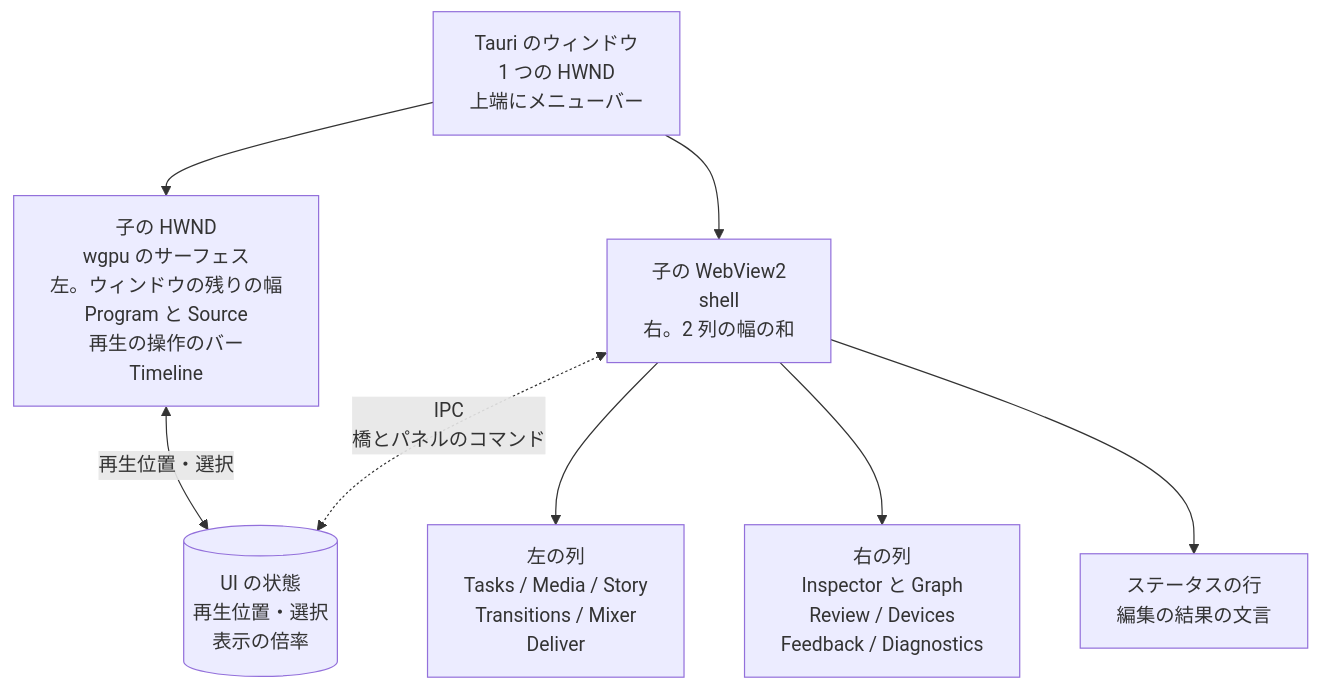
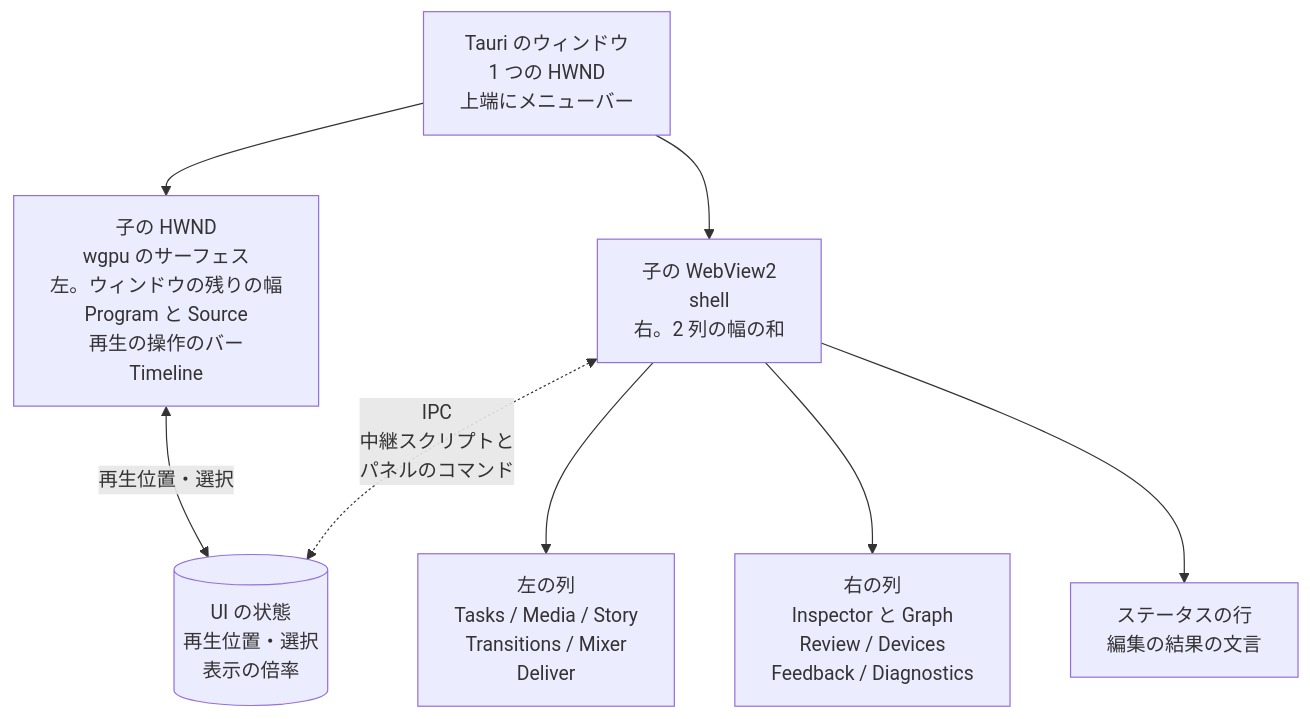
The diagram in movie-maker/docs/design/08-ui.md (durun-lab/claude-marketplace), drawn with Mermaid before and after one commit. The commit also changed other lines of this file and 20 other files, not shown here.

````diff
--- a/movie-maker/docs/design/08-ui.md
+++ b/movie-maker/docs/design/08-ui.md
@@ -7,11 +7,11 @@
 ```mermaid
 flowchart TB
   WIN[Tauri のウィンドウ<br>1 つの HWND<br>上端にメニューバー]
   WIN --> SURF[子の HWND<br>wgpu のサーフェス<br>左。ウィンドウの残りの幅<br>Program と Source<br>再生の操作のバー<br>Timeline]
   WIN --> WV[子の WebView2<br>shell<br>右。2 列の幅の和]
   WV --> LEFT[左の列<br>Tasks / Media / Story<br>Transitions / Mixer<br>Deliver]
   WV --> RIGHT[右の列<br>Inspector と Graph<br>Review / Devices<br>Feedback / Diagnostics]
   WV --> STATUS[ステータスの行<br>編集の結果の文言]
   SURF <-- 再生位置・選択 --> STATE[(UI の状態<br>再生位置・選択<br>表示の倍率)]
-  WV <-. IPC<br>橋とパネルのコマンド .-> STATE
+  WV <-. IPC<br>中継スクリプトと<br>パネルのコマンド .-> STATE
 ```
````
